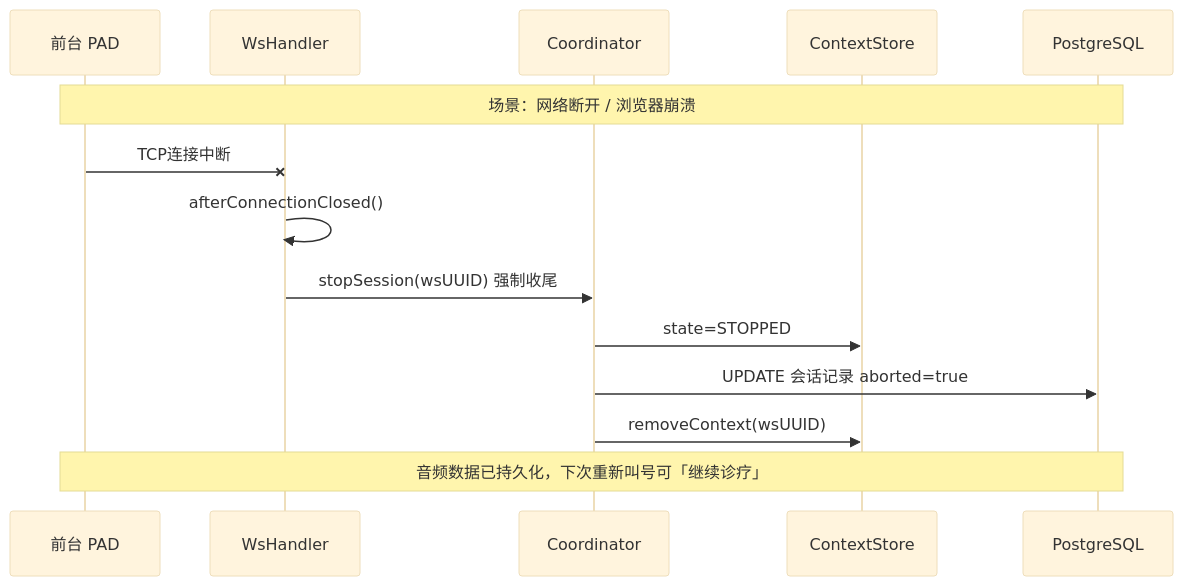
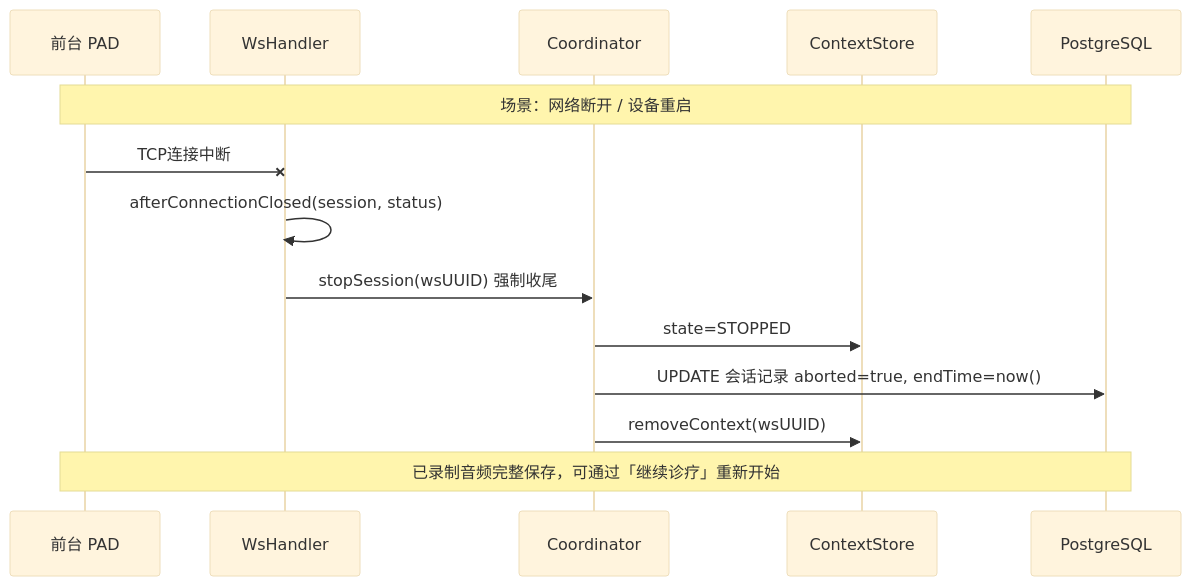
The third of 4 diagrams in uml/goodsop/v1.5-recording/pad-recording.md (Gamehu/pictures-bed), drawn with Mermaid (base theme) before and after one commit. The commit also changed other lines of this file and 1 other file, not shown here.

````diff
--- a/uml/goodsop/v1.5-recording/pad-recording.md
+++ b/uml/goodsop/v1.5-recording/pad-recording.md
@@ -153,17 +206,17 @@
 ```mermaid
 sequenceDiagram
     participant PAD as 前台 PAD
     participant Handler as WsHandler
     participant Coord as Coordinator
     participant Store as ContextStore
     participant DB as PostgreSQL
 
-    Note over PAD,DB: 场景：网络断开 / 浏览器崩溃
+    Note over PAD,DB: 场景：网络断开 / 设备重启
     PAD -x Handler: TCP连接中断
-    Handler ->> Handler: afterConnectionClosed()
+    Handler ->> Handler: afterConnectionClosed(session, status)
     Handler ->> Coord: stopSession(wsUUID) 强制收尾
     Coord ->> Store: state=STOPPED
-    Coord ->> DB: UPDATE 会话记录 aborted=true
+    Coord ->> DB: UPDATE 会话记录 aborted=true, endTime=now()
     Coord ->> Store: removeContext(wsUUID)
-    Note over PAD,DB: 音频数据已持久化，下次重新叫号可「继续诊疗」
+    Note over PAD,DB: 已录制音频完整保存，可通过「继续诊疗」重新开始
 ```
````
